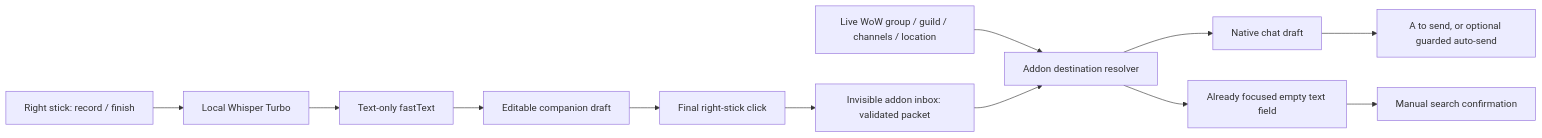
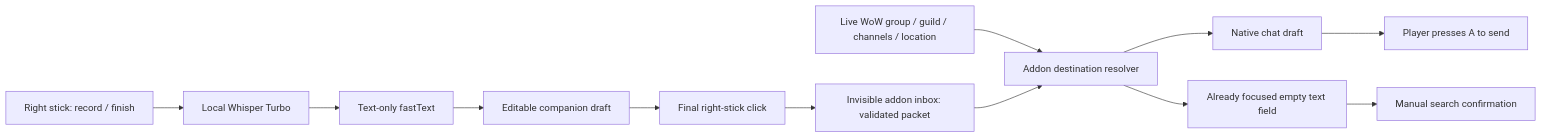
One commit to ryeceps/ForeverRoutedSpeech changed the diagram in docs/ADDON-ROUTING.md. Above: the diagram before and after it, drawn with Mermaid. The commit also changed other lines of this file and 14 other files, not shown here.

Commit message:
Return chat submission to the player's hand and record the input rites

````diff
--- a/docs/ADDON-ROUTING.md
+++ b/docs/ADDON-ROUTING.md
@@ -5,14 +5,14 @@
 ```mermaid
 flowchart LR
   Pad[Right stick: record / finish] --> Audio[Local Whisper Turbo]
   Audio --> Intent[Text-only fastText]
   Intent --> Preview[Editable companion draft]
   Preview --> Click[Final right-stick click]
   Click --> Inbox[Invisible addon inbox: validated packet]
   Context[Live WoW group / guild / channels / location] --> Route[Addon destination resolver]
   Inbox --> Route
   Route --> Chat[Native chat draft]
   Route --> Search[Already focused empty text field]
-  Chat --> Send[A to send, or optional guarded auto-send]
+  Chat --> Send[Player presses A to send]
   Search --> Confirm[Manual search confirmation]
 ```
````
